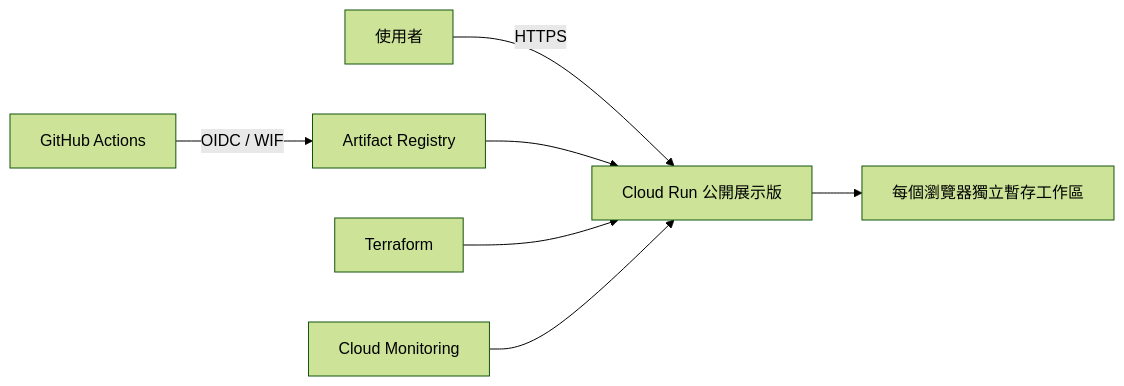
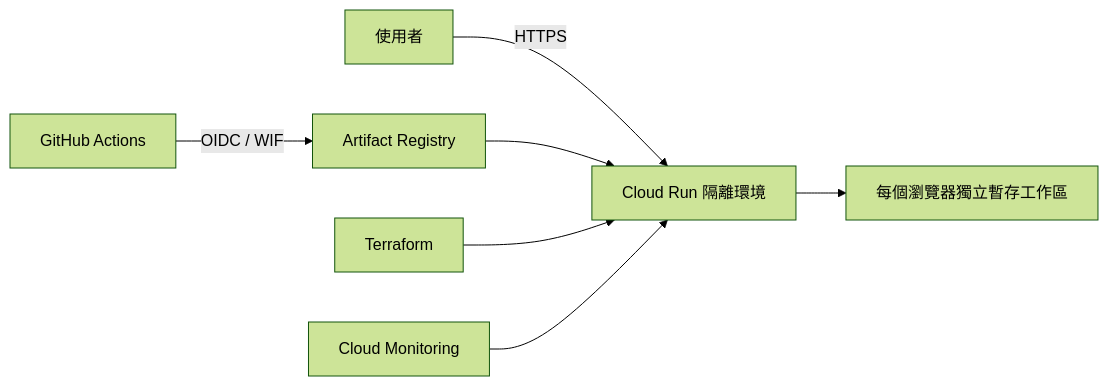
The diagram in README.md (iamshiehpay/english-interview-practice), drawn with Mermaid (forest theme) before and after one commit. The commit also changed other lines of this file, not shown here.

````diff
--- a/README.md
+++ b/README.md
@@ -125,9 +111,9 @@
 ```mermaid
 flowchart LR
-  User[使用者] -->|HTTPS| CloudRun[Cloud Run 公開展示版]
+  User[使用者] -->|HTTPS| CloudRun[Cloud Run 隔離環境]
   CloudRun --> Temp[每個瀏覽器獨立暫存工作區]
   GitHub[GitHub Actions] -->|OIDC / WIF| ArtifactRegistry[Artifact Registry]
   ArtifactRegistry --> CloudRun
   Terraform --> CloudRun
   Monitoring[Cloud Monitoring] --> CloudRun
 ```
````
